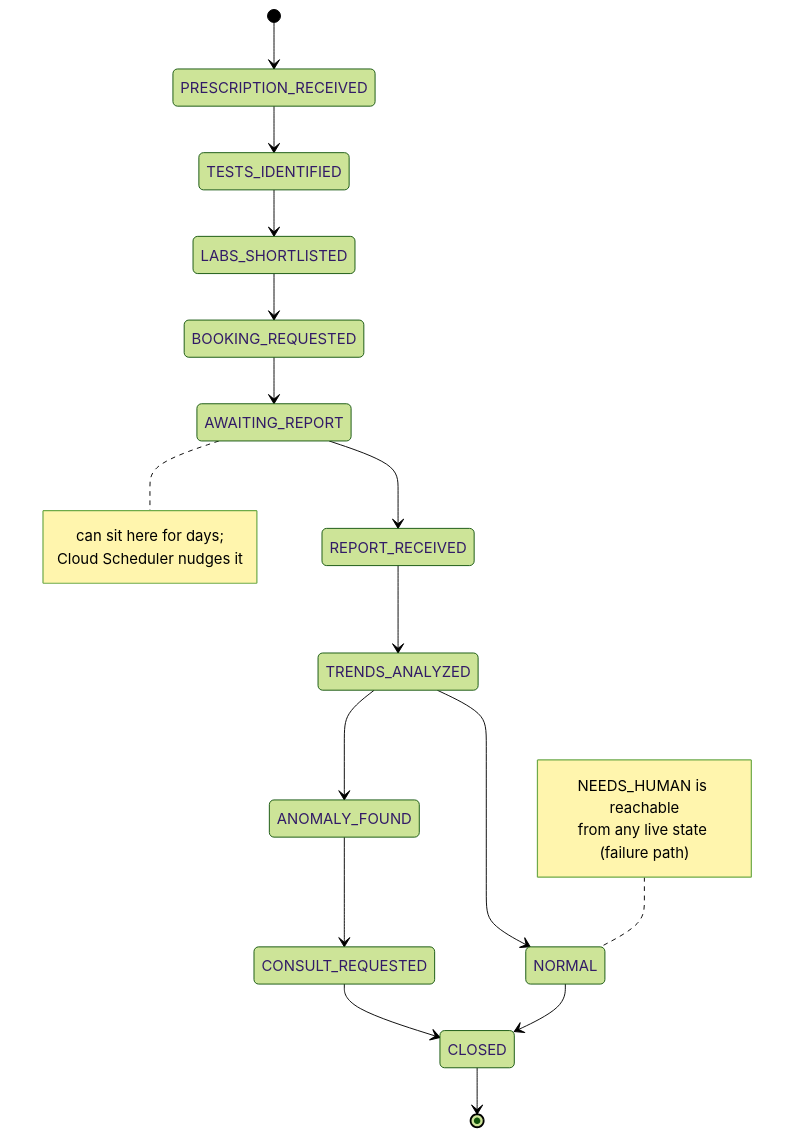
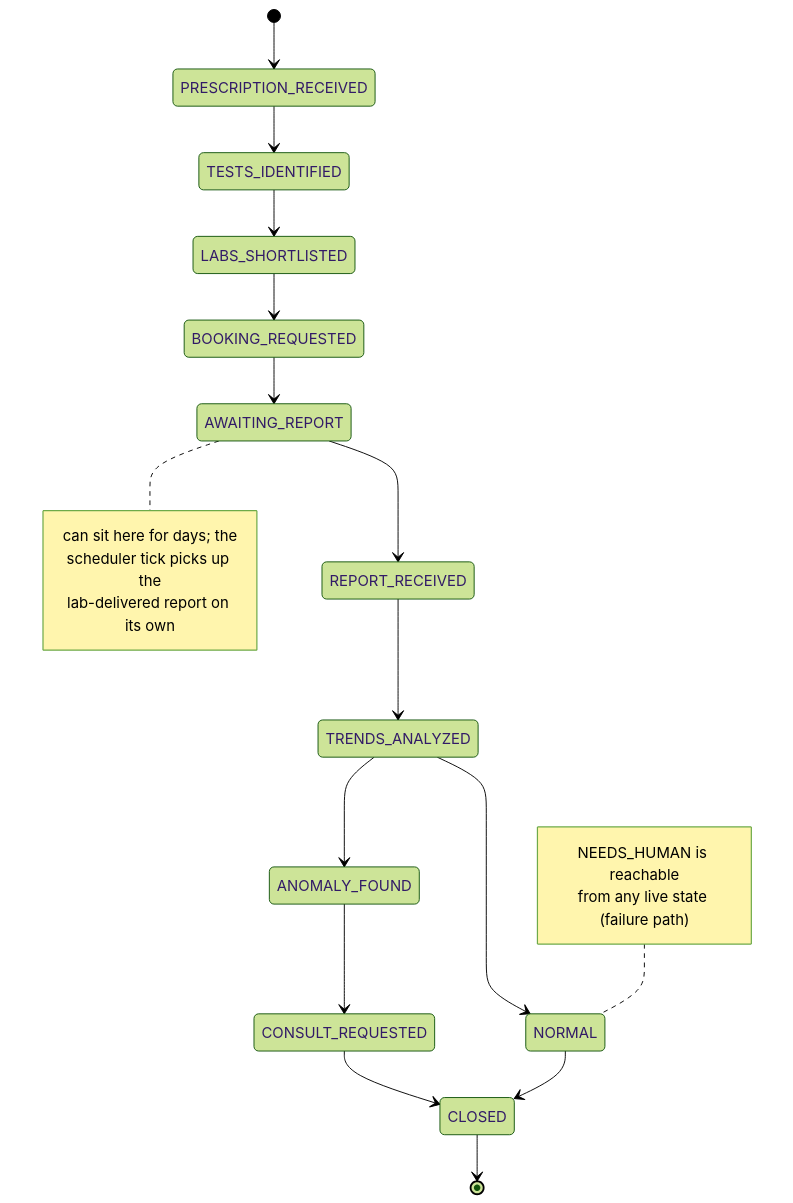
The second of 2 diagrams in ARCHITECTURE.md (Kali-Decoder/care-episodes), drawn with Mermaid (forest theme) before and after one commit. The commit also changed other lines of this file and 1 other file, not shown here.

Commit message:
docs: update README + ARCHITECTURE for autonomous report pickup and multi-patient profiles

````diff
--- a/ARCHITECTURE.md
+++ b/ARCHITECTURE.md
@@ -59,24 +65,25 @@
 ```mermaid
 stateDiagram-v2
     [*] --> PRESCRIPTION_RECEIVED
     PRESCRIPTION_RECEIVED --> TESTS_IDENTIFIED
     TESTS_IDENTIFIED --> LABS_SHORTLISTED
     LABS_SHORTLISTED --> BOOKING_REQUESTED
     BOOKING_REQUESTED --> AWAITING_REPORT
     AWAITING_REPORT --> REPORT_RECEIVED
     REPORT_RECEIVED --> TRENDS_ANALYZED
     TRENDS_ANALYZED --> ANOMALY_FOUND
     TRENDS_ANALYZED --> NORMAL
     ANOMALY_FOUND --> CONSULT_REQUESTED
     CONSULT_REQUESTED --> CLOSED
     NORMAL --> CLOSED
     CLOSED --> [*]
     note right of AWAITING_REPORT
-        can sit here for days;
-        Cloud Scheduler nudges it
+        can sit here for days; the
+        scheduler tick picks up the
+        lab-delivered report on its own
     end note
     note left of NORMAL
         NEEDS_HUMAN is reachable
         from any live state (failure path)
     end note
 ```
````
